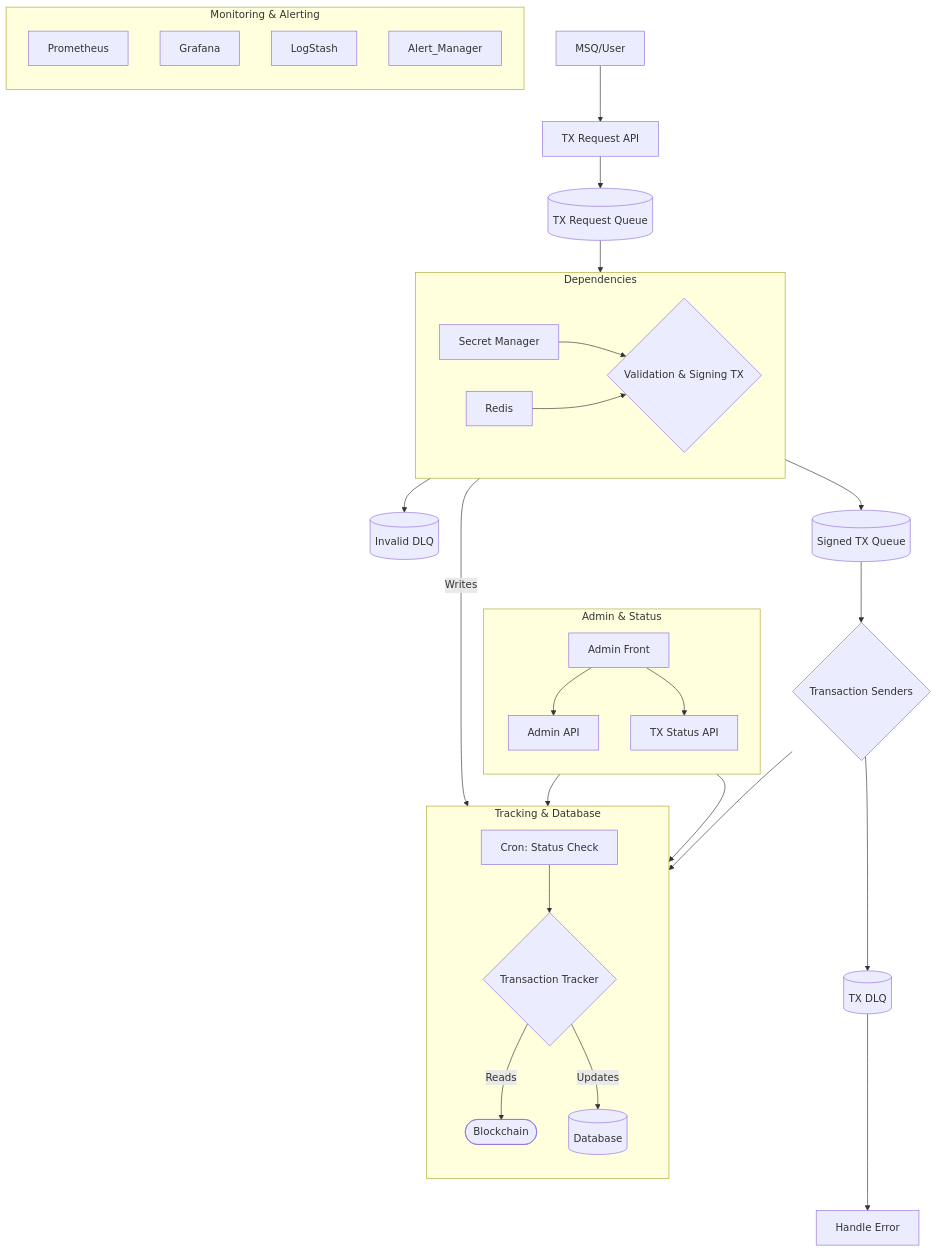
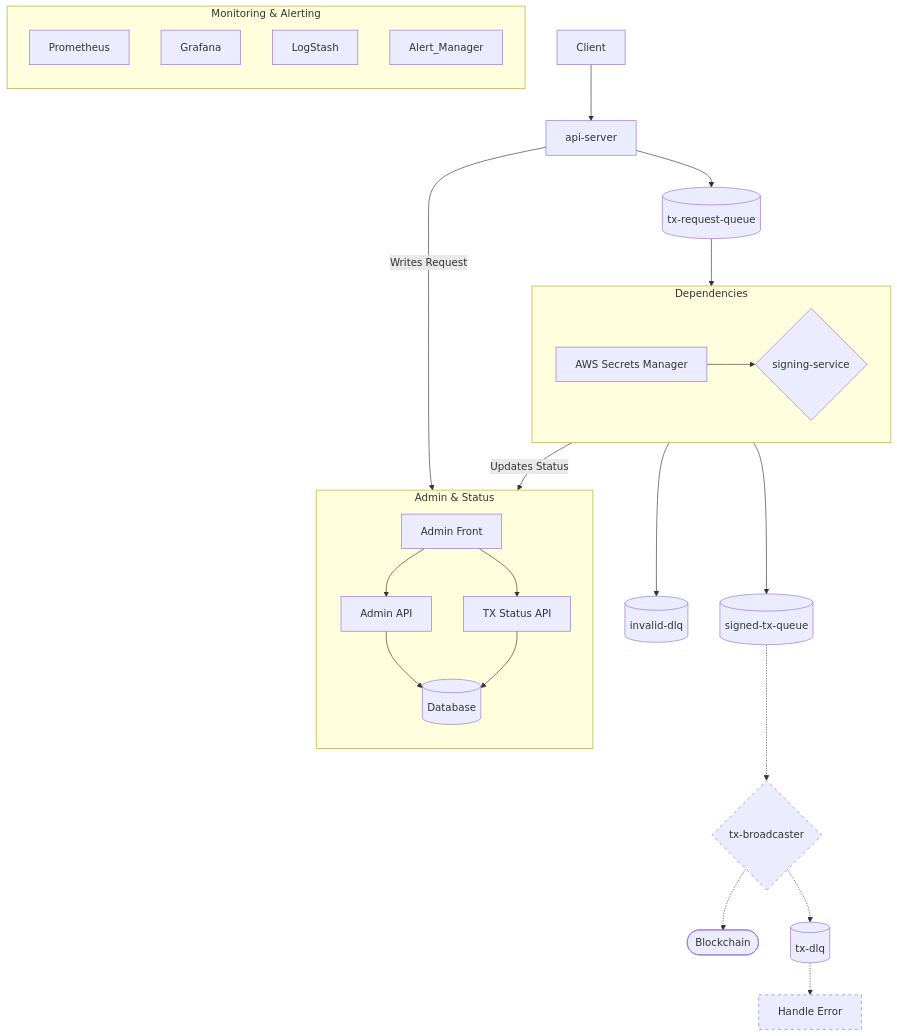
One commit to globalmsq/asset-withdrawal-monorepo changed the diagram in Introduce.md. Above: the diagram before and after it, drawn with Mermaid. The commit also changed other lines of this file and 3 other files, not shown here.

First line of the commit message:
docs: Update documentation to reflect current system architecture

````diff
--- a/Introduce.md
+++ b/Introduce.md
@@ -16,53 +18,49 @@
 ```mermaid
 graph TD
     %% Request Flow
-    MSQ[MSQ/User] --> TX_Request_API[TX Request API]
-    TX_Request_API --> TX_Request_Queue[(TX Request Queue)]
+    Client[Client] --> api_server[api-server]
+    api_server --> tx_request_queue[(tx-request-queue)]
 
     %% Processing Core
-    TX_Request_Queue --> Validation_Signing_TX{Validation & Signing TX}
+    tx_request_queue --> signing_service{signing-service}
 
     subgraph "Dependencies"
         direction LR
-        Secret_Manager[Secret Manager] --> Validation_Signing_TX
-        Redis[Redis] --> Validation_Signing_TX
+        Secrets_Manager[AWS Secrets Manager] --> signing_service
     end
 
-    Validation_Signing_TX --> Invalid_DLQ[(Invalid DLQ)]
-    Validation_Signing_TX --> Signed_TX_Queue[(Signed TX Queue)]
+    signing_service --> invalid_dlq[(invalid-dlq)]
+    signing_service --> signed_tx_queue[(signed-tx-queue)]
 
-    %% Broadcast Flow
-    Signed_TX_Queue --> Transaction_Senders{Transaction Senders}
-    Transaction_Senders --> Blockchain([Blockchain])
-    Transaction_Senders --> TX_DLQ[(TX DLQ)]
-    TX_DLQ --> Handle_Error[Handle Error]
+    %% Broadcast Flow (Planned)
+    signed_tx_queue -.-> tx_broadcaster{tx-broadcaster}
+    tx_broadcaster -.-> Blockchain([Blockchain])
+    tx_broadcaster -.-> tx_dlq[(tx-dlq)]
+    tx_dlq -.-> Handle_Error[Handle Error]
 
-    %% Tracking & DB Update
-    subgraph "Tracking & Database"
-        direction TB
-        Transaction_Tracker{Transaction Tracker}
-        DB[(Database)]
-        Cron_Jobs[Cron: Status Check] --> Transaction_Tracker
-        Transaction_Tracker -- Reads --> Blockchain
-        Transaction_Tracker -- Updates --> DB
-        Validation_Signing_TX -- Writes --> DB
-    end
+    %% Database Updates
+    DB[(Database)]
+    signing_service -- Updates Status --> DB
+    api_server -- Writes Request --> DB
 
     %% Admin & Monitoring (Side Panels)
     subgraph "Admin & Status"
         direction TB
         Admin_Front[Admin Front] --> Admin_API[Admin API]
         Admin_Front --> TX_Status_API[TX Status API]
         Admin_API --> DB
         TX_Status_API --> DB
     end
 
     subgraph "Monitoring & Alerting"
         direction TB
         Prometheus
         Grafana
         LogStash
         Alert_Manager
     end
 
+    style tx_broadcaster stroke-dasharray: 5 5
+    style Handle_Error stroke-dasharray: 5 5
+
 ```
````
